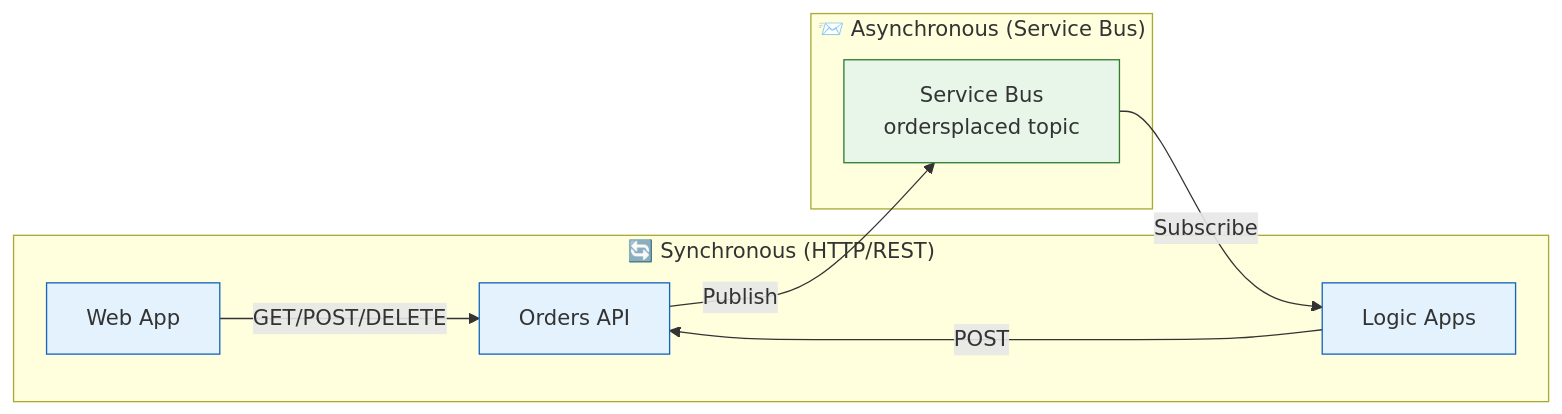
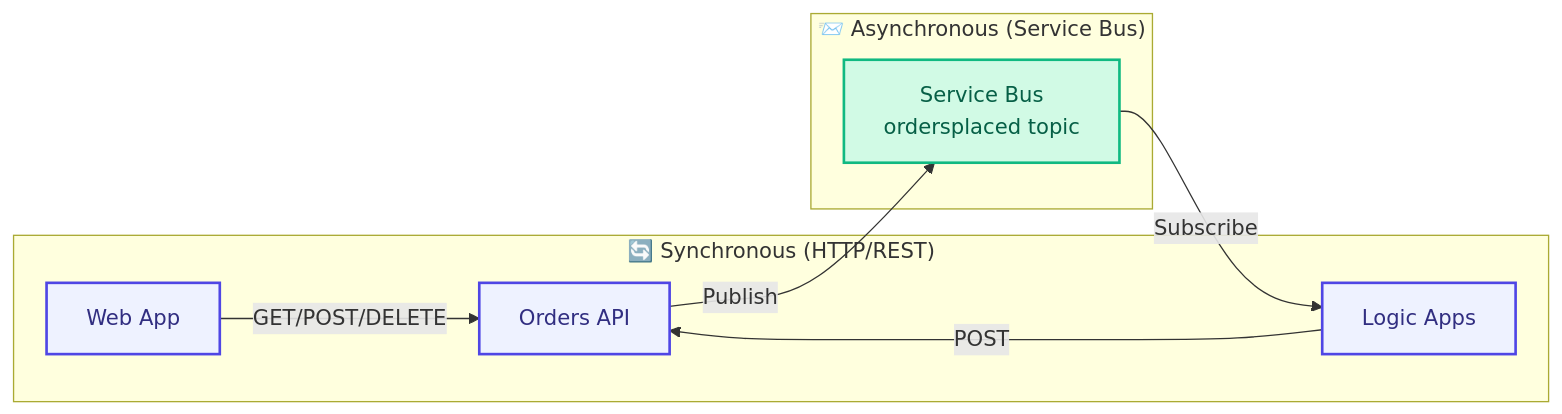
One commit to Evilazaro/Azure-LogicApps-Monitoring changed the sixth of 6 diagrams in docs/architecture/03-application-architecture.md. Above: the diagram before and after it, drawn with Mermaid. The commit also changed other lines of this file and 4 other files, not shown here.

Commit message:
feat(docs): Enhance architecture documentation with detailed diagrams and modern color palette

````diff
--- a/docs/architecture/03-application-architecture.md
+++ b/docs/architecture/03-application-architecture.md
@@ -452,23 +470,28 @@
 ```mermaid
 flowchart LR
+    %% Inter-Service Communication Patterns
     subgraph Sync["🔄 Synchronous (HTTP/REST)"]
         Web["Web App"]
         API["Orders API"]
         LA["Logic Apps"]
     end
 
     subgraph Async["📨 Asynchronous (Service Bus)"]
         SB["Service Bus<br/>ordersplaced topic"]
     end
 
+    %% Sync connections
     Web -->|"GET/POST/DELETE"| API
     LA -->|"POST"| API
+
+    %% Async connections
     API -->|"Publish"| SB
     SB -->|"Subscribe"| LA
 
-    classDef sync fill:#e3f2fd,stroke:#1565c0
-    classDef async fill:#e8f5e9,stroke:#2e7d32
+    %% Modern color palette - WCAG AA compliant
+    classDef sync fill:#EEF2FF,stroke:#4F46E5,stroke-width:2px,color:#312E81
+    classDef async fill:#D1FAE5,stroke:#10B981,stroke-width:2px,color:#065F46
 
     class Web,API,LA sync
     class SB async
 ```
````
